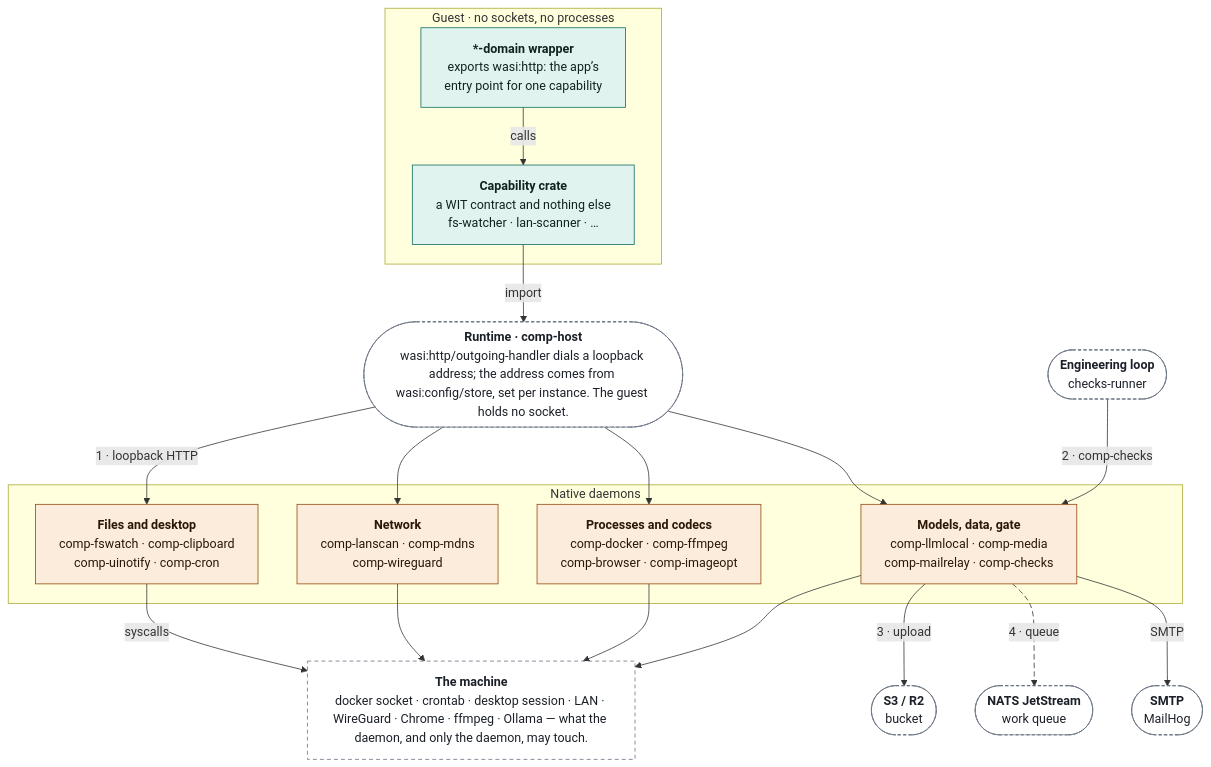
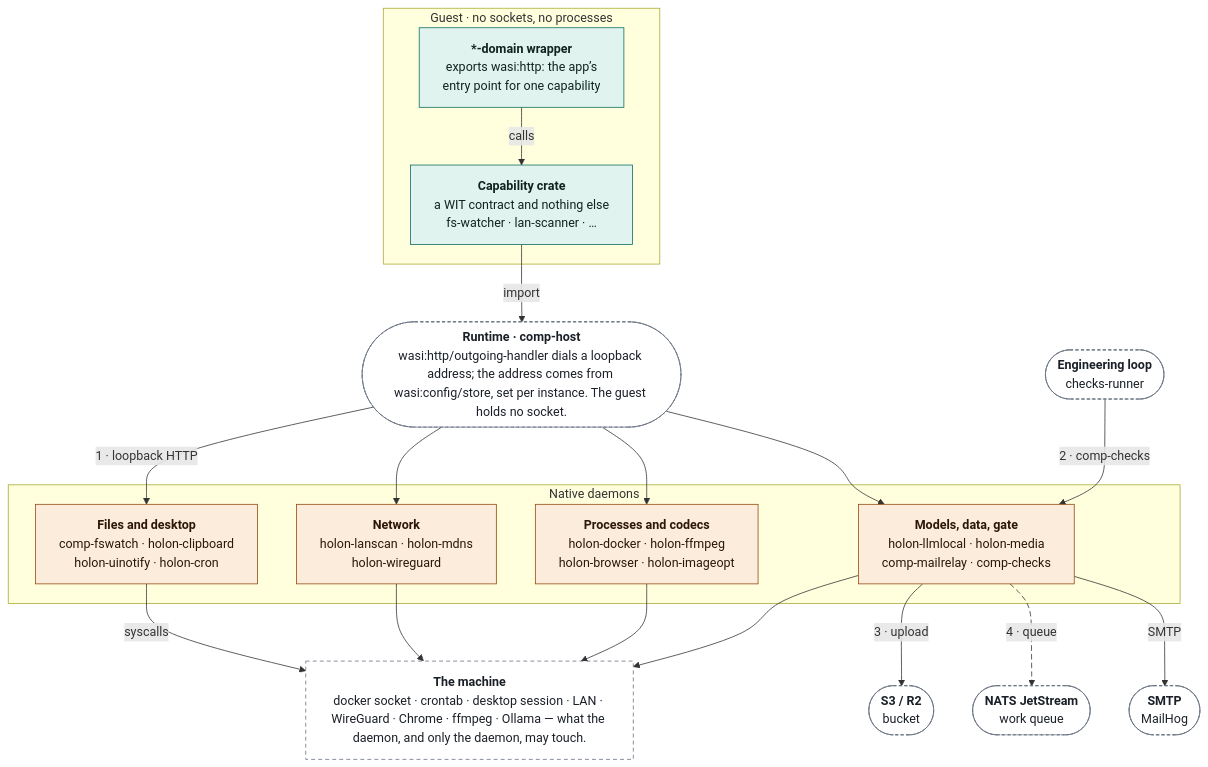
One commit to markkovari/holon changed the sixth of 11 diagrams in docs/ARCHITECTURE.md. Above: the diagram before and after it, drawn with Mermaid. The commit also changed 53 other files, not shown here.

````diff
--- a/docs/ARCHITECTURE.md
+++ b/docs/ARCHITECTURE.md
@@ -400,42 +400,42 @@
 ```mermaid
 %%{init: {"flowchart": {"wrappingWidth": 360}}}%%
 flowchart TB
   classDef wasm fill:#e1f3ef,stroke:#0a6a5f,color:#10231f
   classDef native fill:#fbecdc,stroke:#954709,color:#2b1704
   classDef store fill:#eae7fa,stroke:#4a3fb0,color:#17123f
   classDef actor fill:#e4ebf7,stroke:#2a4977,color:#0f1d33
   classDef spec fill:#eef1f5,stroke:#465160,color:#1b2028
   classDef ext fill:#ffffff,stroke:#667180,color:#1b2028,stroke-dasharray:5 4
   classDef ghost fill:#ffffff,stroke:#667180,color:#1b2028,stroke-dasharray:4 3
   subgraph grp_guest["Guest · no sockets, no processes"]
     n_dom["<b>*-domain wrapper</b><br/>exports wasi:http: the app’s<br/>entry point for one capability"]:::wasm
     n_cap["<b>Capability crate</b><br/>a WIT contract and nothing else<br/>fs-watcher · lan-scanner · …"]:::wasm
   end
   subgraph grp_nd["Native daemons"]
-    n_d_files["<b>Files and desktop</b><br/>comp-fswatch · comp-clipboard<br/>comp-uinotify · comp-cron"]:::native
-    n_d_net["<b>Network</b><br/>comp-lanscan · comp-mdns<br/>comp-wireguard"]:::native
-    n_d_proc["<b>Processes and codecs</b><br/>comp-docker · comp-ffmpeg<br/>comp-browser · comp-imageopt"]:::native
-    n_d_data["<b>Models, data, gate</b><br/>comp-llmlocal · comp-media<br/>comp-mailrelay · comp-checks"]:::native
+    n_d_files["<b>Files and desktop</b><br/>comp-fswatch · holon-clipboard<br/>holon-uinotify · holon-cron"]:::native
+    n_d_net["<b>Network</b><br/>holon-lanscan · holon-mdns<br/>holon-wireguard"]:::native
+    n_d_proc["<b>Processes and codecs</b><br/>holon-docker · holon-ffmpeg<br/>holon-browser · holon-imageopt"]:::native
+    n_d_data["<b>Models, data, gate</b><br/>holon-llmlocal · holon-media<br/>comp-mailrelay · comp-checks"]:::native
   end
   n_broker(["<b>Runtime · comp-host</b><br/>wasi:http/outgoing-handler dials a loopback address; the address comes from wasi:config/store, set per instance. The guest holds no socket."]):::ghost
   n_machine["<b>The machine</b><br/>docker socket · crontab · desktop session · LAN · WireGuard · Chrome · ffmpeg · Ollama — what the daemon, and only the daemon, may touch."]:::ext
   n_g_loop(["<b>Engineering loop</b><br/>checks-runner"]):::ghost
   n_g_s3(["<b>S3 / R2</b><br/>bucket"]):::ghost
   n_g_nats(["<b>NATS JetStream</b><br/>work queue"]):::ghost
   n_g_smtp(["<b>SMTP</b><br/>MailHog"]):::ghost
   n_dom -- "calls" --> n_cap
   n_cap -- "import" --> n_broker
   n_d_files -- "syscalls" --> n_machine
   n_d_net --> n_machine
   n_d_proc --> n_machine
   n_d_data --> n_machine
   n_broker -- "1 · loopback HTTP" --> n_d_files
   n_broker --> n_d_net
   n_broker --> n_d_proc
   n_broker --> n_d_data
   n_g_loop -- "2 · comp-checks" --> n_d_data
   n_d_data -- "3 · upload" --> n_g_s3
   n_d_data -- "4 · queue" --> n_g_nats
   n_d_data -- "SMTP" --> n_g_smtp
   linkStyle 12 stroke-dasharray:7 4
 ```
````
